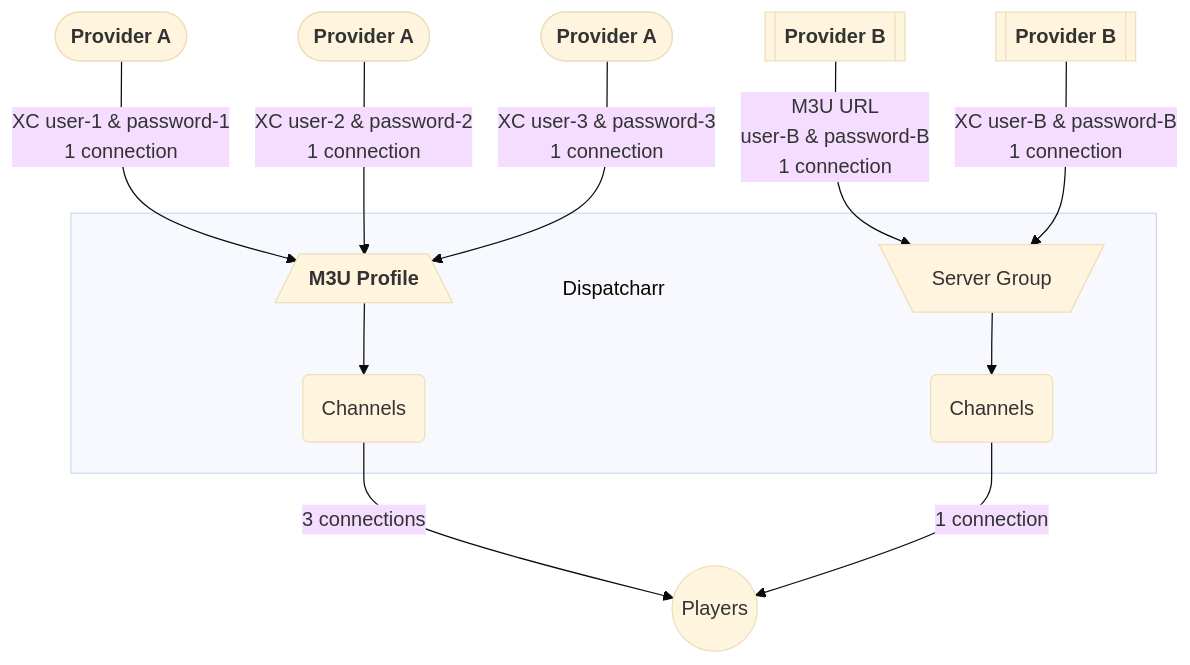
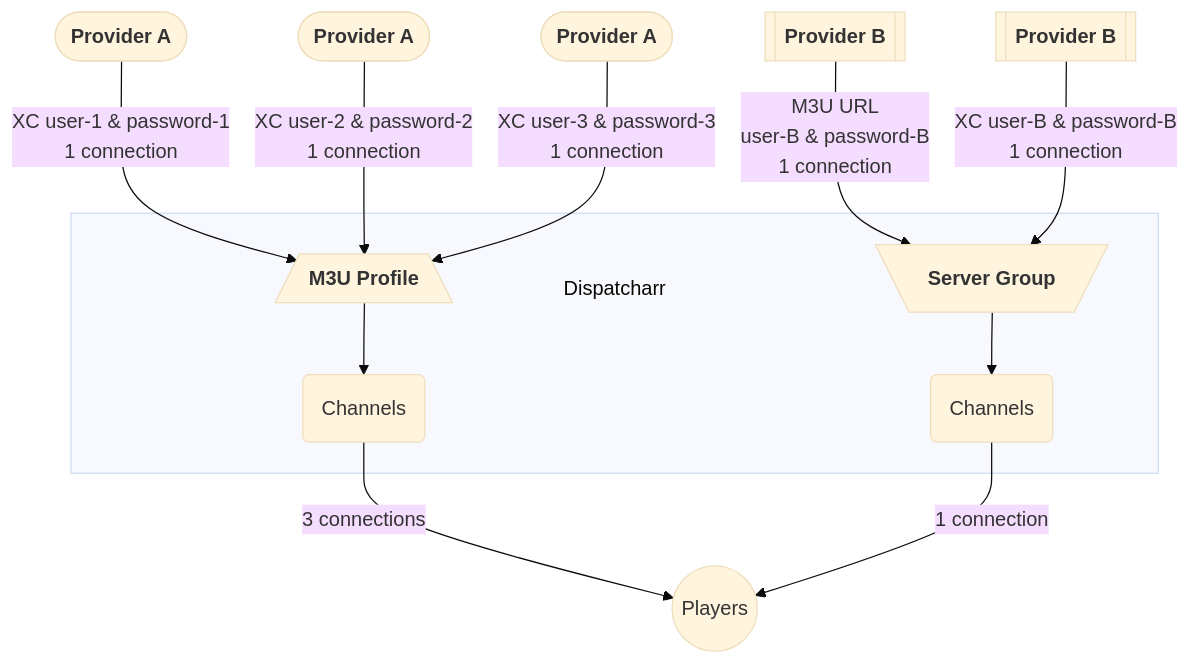
Before and after one commit to Dispatcharr/Dispatcharr-Docs: the diagram in docs/en/m3u-epg-manager.md, drawn with Mermaid (base theme).

````diff
--- a/docs/en/m3u-epg-manager.md
+++ b/docs/en/m3u-epg-manager.md
@@ -17,24 +17,24 @@
     ```mermaid
     flowchart TD
     PR1(["`**Provider A**`"]) -->|XC user-1 & password-1
                                   1 connection| MP[/"`**M3U Profile**`"\]
     PR2(["`**Provider A**`"]) -->|XC user-2 & password-2
                                   1 connection| MP
     PR3(["`**Provider A**`"]) -->|XC user-3 & password-3
                                   1 connection| MP
     PRA[["`**Provider B**`"]] -->|M3U URL
                                   user-B & password-B
-                                  1 connection| SG[\Server Group/]
+                                  1 connection| SG[\"`**Server Group**`"/]
     PRA2[["`**Provider B**`"]] -->|XC user-B & password-B
                                  1 connection| SG
     subgraph D["<br/> <br/> Dispatcharr"]
       MP
       CH
       SG
       CH2
     end
     MP --> CH(Channels)
     CH -->|3 connections| PL((Players))
     SG --> CH2(Channels)
     CH2 -->|1 connection| PL
     ```
````
